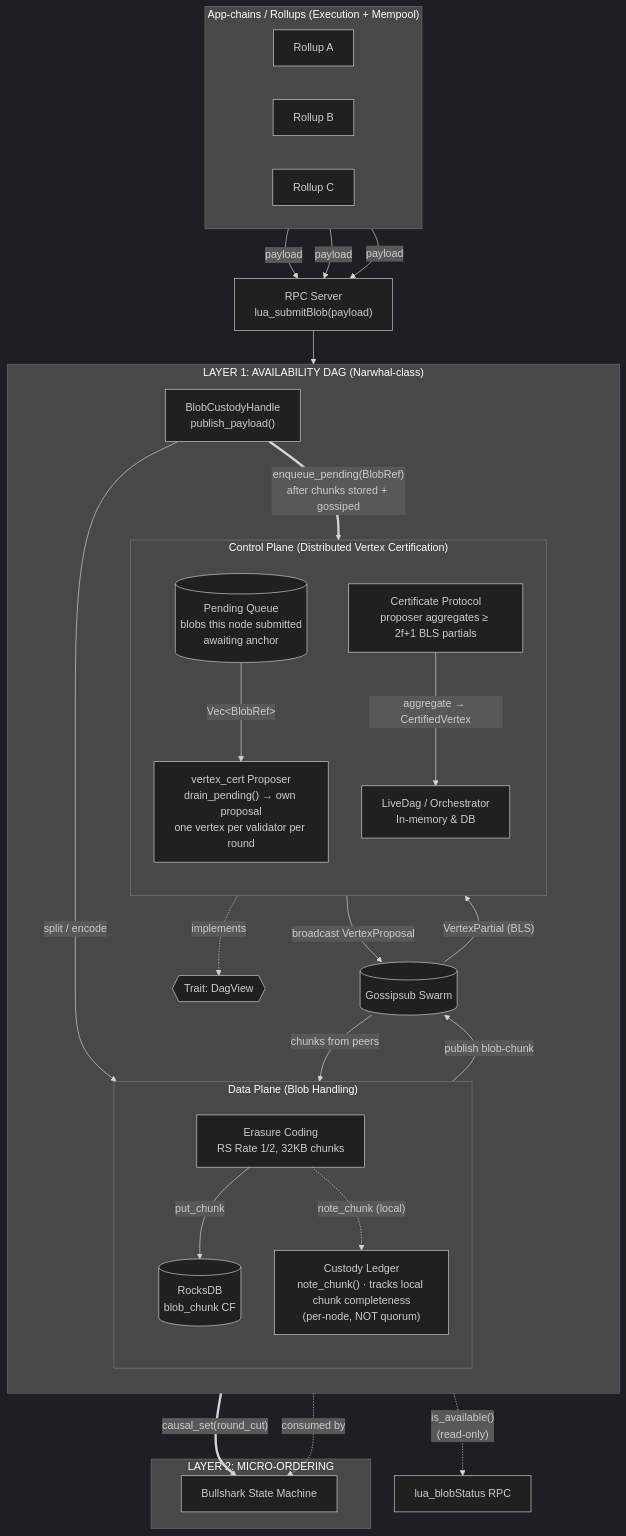
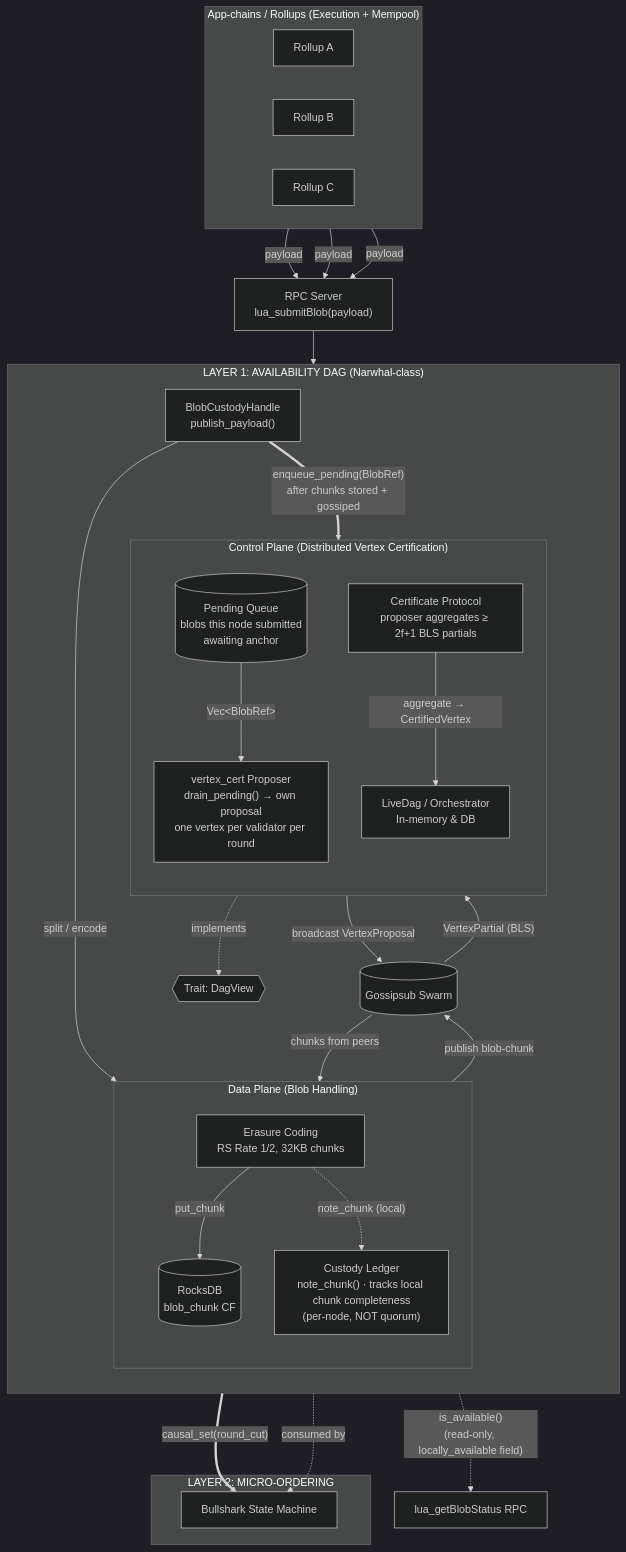
The diagram in docs/architecture/layer-1.md (scriptkid23/lua-dag-consensus), drawn with Mermaid (dark theme) before and after one commit. The commit also changed 2 other files, not shown here.

Commit message:
fix(rpc): update blob_status_at function to include custody parameter
This commit modifies the `blob_status_at` function to accept an additional `custody` parameter, allowing it to return the `locally_available` status from the custody ledger. The `lua_getBlobStatus` RPC method is updated accordingly to pass the necessary arguments. Additionally, documentation is improved to clarify the purpose of the `locally_available` field in the response.

````diff
--- a/docs/architecture/layer-1.md
+++ b/docs/architecture/layer-1.md
@@ -3,67 +3,67 @@
 ```mermaid
 flowchart TD
     subgraph Rollups["App-chains / Rollups (Execution + Mempool)"]
         direction LR
         RA["Rollup A"]
         RB["Rollup B"]
         RC["Rollup C"]
     end
 
     RPC["RPC Server<br/>lua_submitBlob(payload)"]
 
     subgraph Layer1["LAYER 1: AVAILABILITY DAG (Narwhal-class)"]
         direction TB
 
         BCH["BlobCustodyHandle<br/>publish_payload()"]
         Gossip[("Gossipsub Swarm")]
 
         subgraph DataPlane["Data Plane (Blob Handling)"]
             direction TB
             RS["Erasure Coding<br/>RS Rate 1/2, 32KB chunks"]
             DB[("RocksDB<br/>blob_chunk CF")]
             Ledger["Custody Ledger<br/>note_chunk() · tracks local chunk completeness<br/>(per-node, NOT quorum)"]
         end
 
         subgraph ControlPlane["Control Plane (Distributed Vertex Certification)"]
             direction TB
             PQ[("Pending Queue<br/>blobs this node submitted<br/>awaiting anchor")]
             Proposer["vertex_cert Proposer<br/>drain_pending() → own proposal<br/>one vertex per validator per round"]
             CertBuilder["Certificate Protocol<br/>proposer aggregates ≥ 2f+1 BLS partials"]
             LiveDag["LiveDag / Orchestrator<br/>In-memory & DB"]
         end
 
         DagView{{"Trait: DagView"}}
     end
 
     subgraph Layer2["LAYER 2: MICRO-ORDERING"]
         Bullshark["Bullshark State Machine"]
     end
 
     %% Ingress
     RA -->|"payload"| RPC
     RB -->|"payload"| RPC
     RC -->|"payload"| RPC
     RPC --> BCH
 
     %% Data plane: chunks fan out, then BCH enqueues directly
     BCH -->|"split / encode"| RS
     RS -->|"put_chunk"| DB
     RS -->|"publish blob-chunk"| Gossip
     BCH ==>|"enqueue_pending(BlobRef)<br/>after chunks stored + gossiped"| PQ
 
     %% Ledger is fed by BOTH local publish and gossip ingest
     RS -.->|"note_chunk (local)"| Ledger
     Gossip -->|"chunks from peers"| Ledger
-    Ledger -.->|"is_available()<br/>(read-only)"| RPCStatus["lua_blobStatus RPC"]
+    Ledger -.->|"is_available()<br/>(read-only, locally_available field)"| RPCStatus["lua_getBlobStatus RPC"]
 
     %% Control plane
     PQ -->|"Vec&lt;BlobRef&gt;"| Proposer
     Proposer -->|"broadcast VertexProposal"| Gossip
     Gossip -->|"VertexPartial (BLS)"| CertBuilder
     CertBuilder -->|"aggregate → CertifiedVertex"| LiveDag
 
     %% Layer 1 → Layer 2
     LiveDag ==>|"causal_set(round_cut)"| Bullshark
     LiveDag -.->|"implements"| DagView
     DagView -.->|"consumed by"| Bullshark
 ```
````
